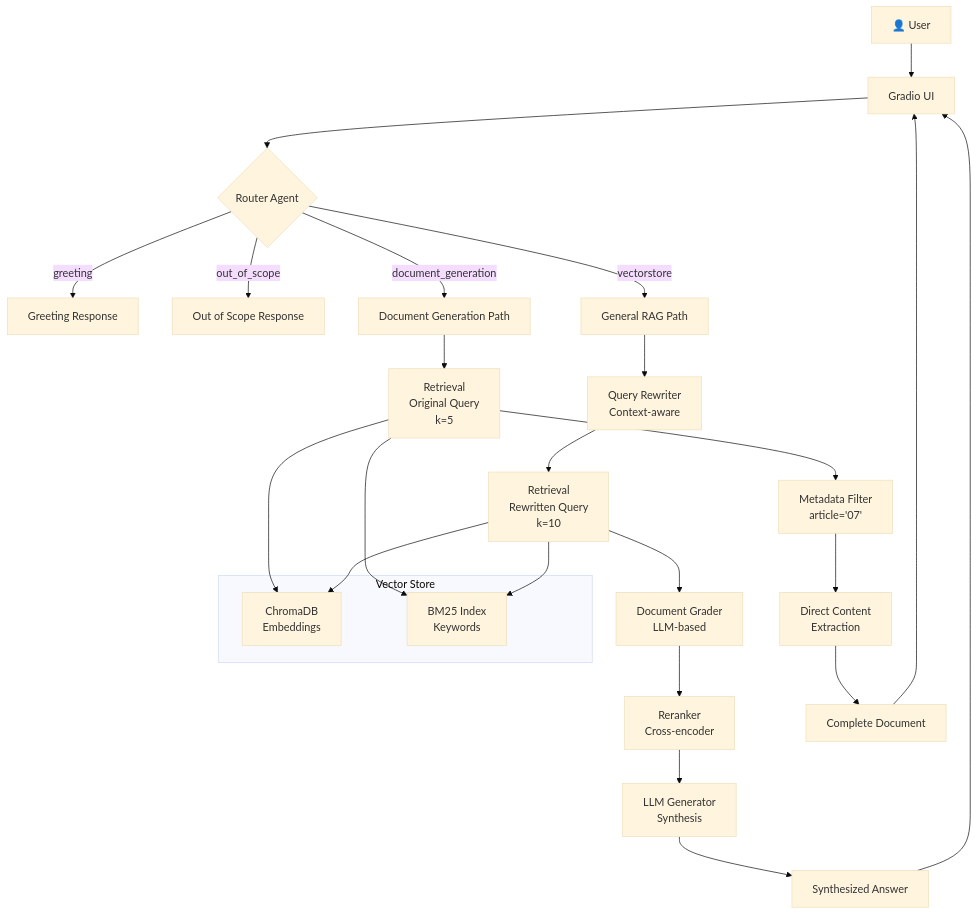
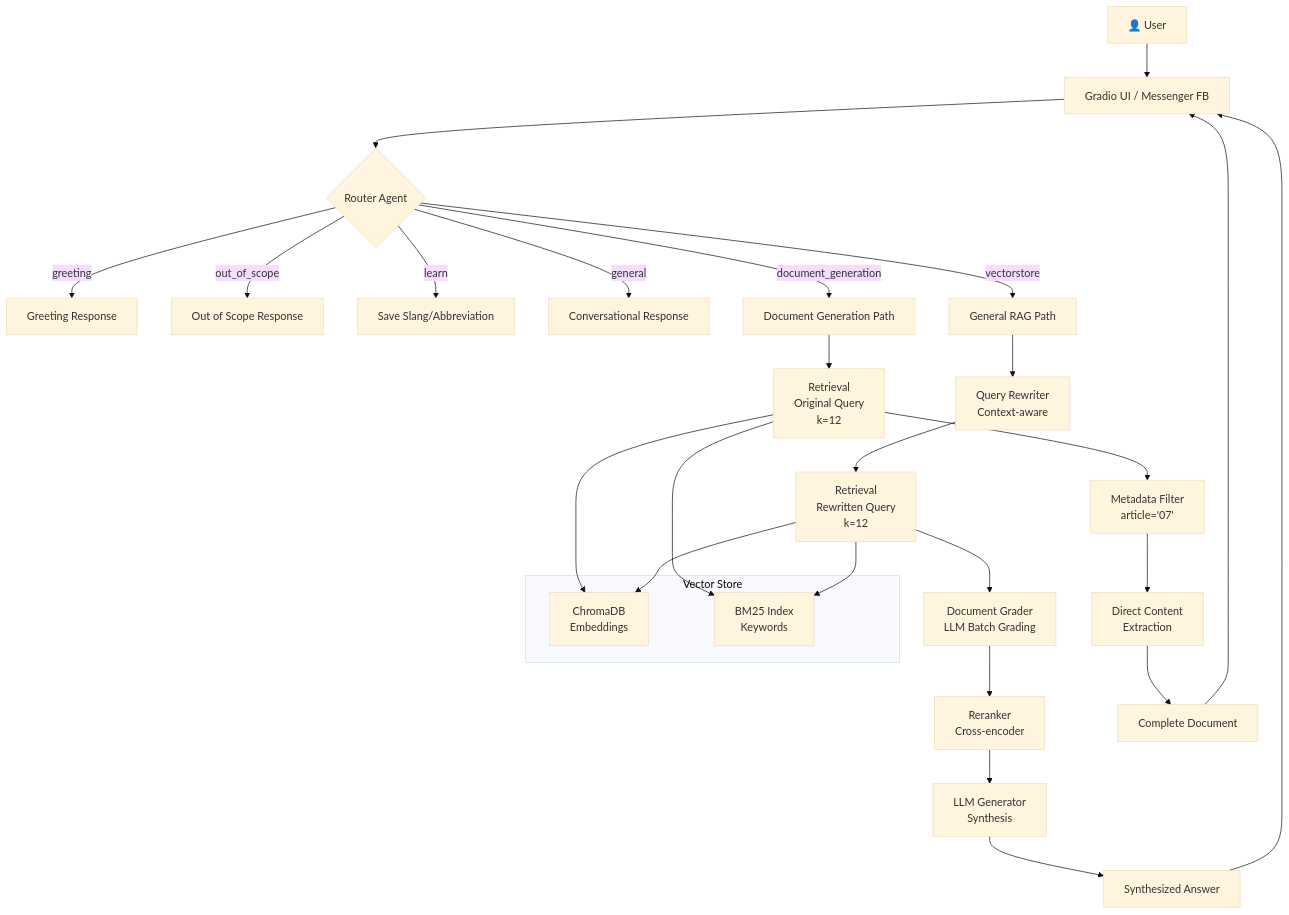
Before and after one commit to CuongLam1206/Chatbox_Haui: the diagram in README.md, drawn with Mermaid (base theme). The commit also changed other lines of this file, not shown here.

````diff
--- a/README.md
+++ b/README.md
@@ -26,37 +27,39 @@
 ```mermaid
 graph TB
-    User[👤 User] --> UI[Gradio UI]
+    User[👤 User] --> UI[Gradio UI / Messenger FB]
     UI --> Router{Router Agent}
     
     Router -->|greeting| Greeting[Greeting Response]
     Router -->|out_of_scope| OOS[Out of Scope Response]
+    Router -->|learn| Learn[Save Slang/Abbreviation]
+    Router -->|general| General[Conversational Response]
     Router -->|document_generation| DocGen[Document Generation Path]
     Router -->|vectorstore| RAG[General RAG Path]
     
-    DocGen --> Retrieve1[Retrieval<br/>Original Query<br/>k=5]
+    DocGen --> Retrieve1[Retrieval<br/>Original Query<br/>k=12]
     RAG --> Rewrite[Query Rewriter<br/>Context-aware]
-    Rewrite --> Retrieve2[Retrieval<br/>Rewritten Query<br/>k=10]
+    Rewrite --> Retrieve2[Retrieval<br/>Rewritten Query<br/>k=12]
     
     Retrieve1 --> Filter[Metadata Filter<br/>article='07']
-    Retrieve2 --> Grade[Document Grader<br/>LLM-based]
+    Retrieve2 --> Grade[Document Grader<br/>LLM Batch Grading]
     
     Filter --> DirectExtract[Direct Content<br/>Extraction]
     Grade --> Rerank[Reranker<br/>Cross-encoder]
     
     DirectExtract --> Response1[Complete Document]
     Rerank --> Generate[LLM Generator<br/>Synthesis]
     Generate --> Response2[Synthesized Answer]
     
     Response1 --> UI
     Response2 --> UI
     
     subgraph Vector Store
         VS[ChromaDB<br/>Embeddings]
         BM25[BM25 Index<br/>Keywords]
     end
     
     Retrieve1 --> VS
     Retrieve1 --> BM25
     Retrieve2 --> VS
     Retrieve2 --> BM25
 ```
````
